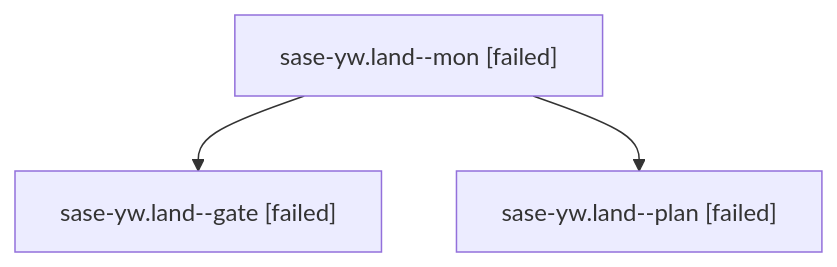
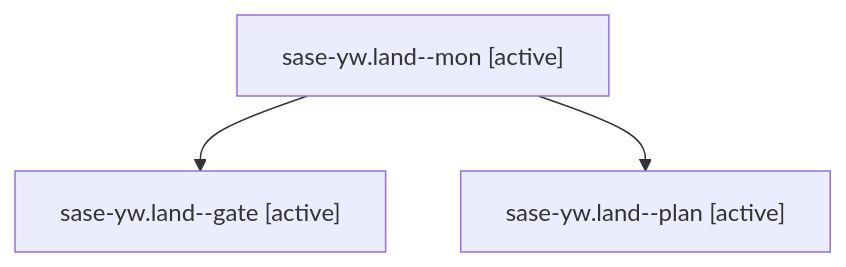
Before and after one commit to sase-org/sase--agents: the diagram in families/bbugyi200.athena.sase-yw.land.md, drawn with Mermaid. The commit also changed other lines of this file and 35830 other files, not shown here.

````diff
--- a/families/bbugyi200.athena.sase-yw.land.md
+++ b/families/bbugyi200.athena.sase-yw.land.md
@@ -9,8 +9,8 @@
 ```mermaid
 flowchart TD
-  n0["sase-yw.land--mon [failed]"]
-  n1["sase-yw.land--gate [failed]"]
+  n0["sase-yw.land--mon [active]"]
+  n1["sase-yw.land--gate [active]"]
   n0 --> n1
-  n2["sase-yw.land--plan [failed]"]
+  n2["sase-yw.land--plan [active]"]
   n0 --> n2
 ```
````
